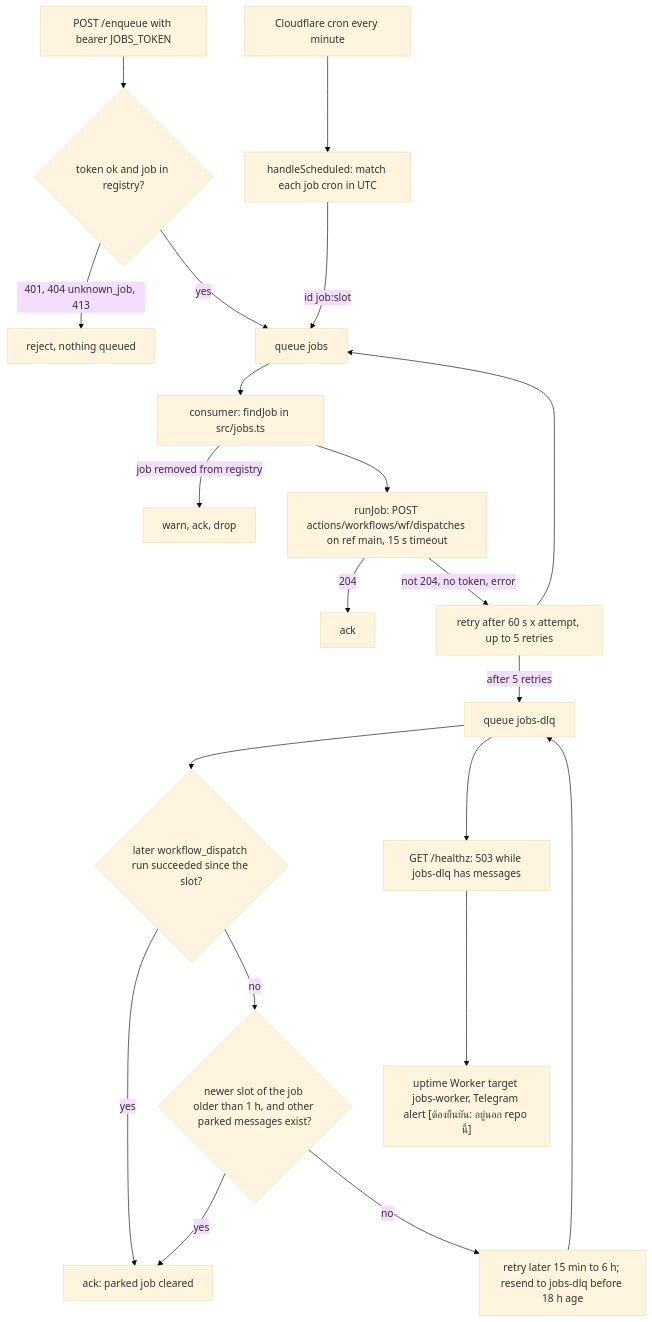
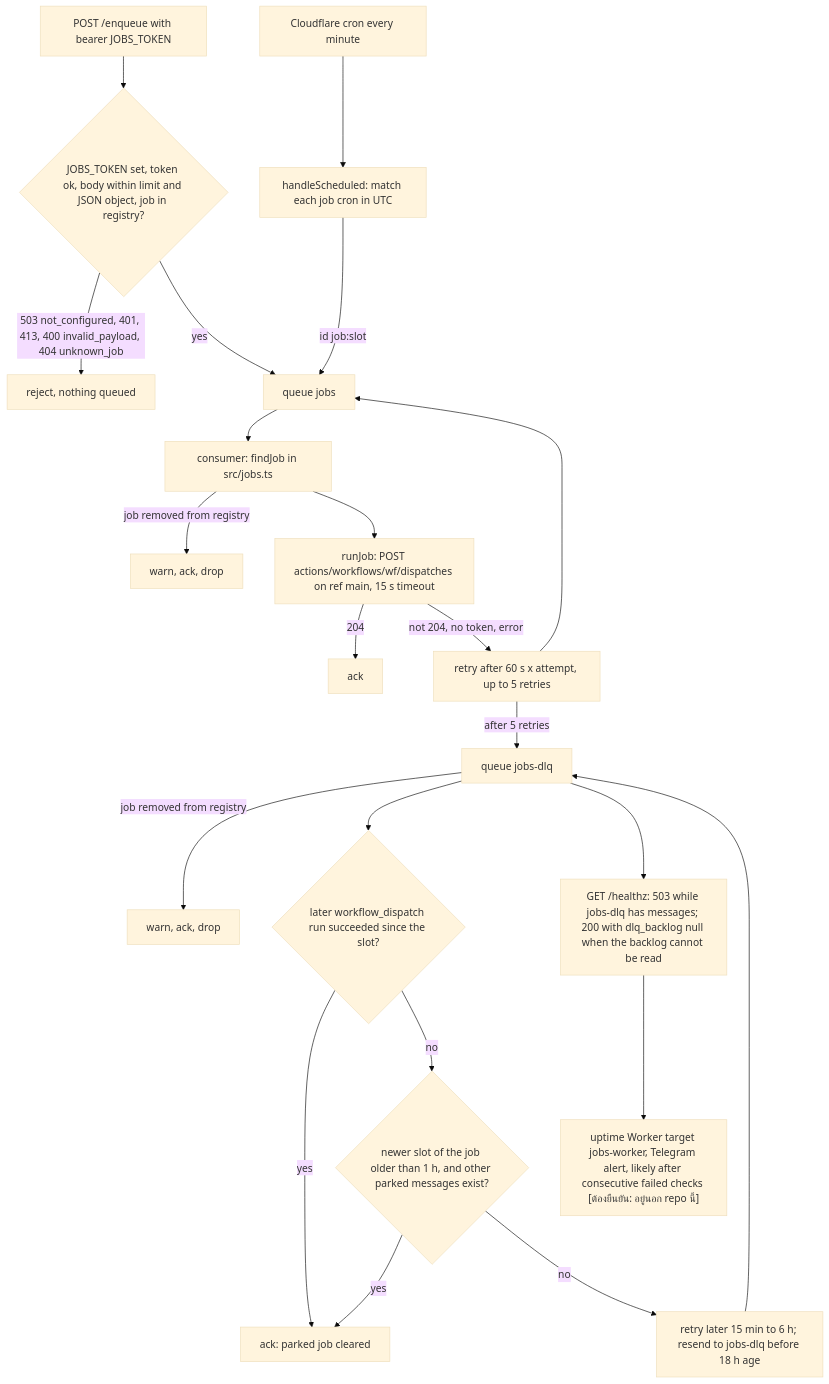
Before and after one commit to bookchaowalit/platform-jobs-worker: the diagram in docs/diagrams/01-business-process.md, drawn with Mermaid (base theme). The commit also changed other lines of this file, not shown here.

Commit message:
docs: correct As-Is/To-Be facts from review (01-business-process)

````diff
--- a/docs/diagrams/01-business-process.md
+++ b/docs/diagrams/01-business-process.md
@@ -9,23 +9,24 @@
 ```mermaid
 flowchart TD
   CRON["Cloudflare cron every minute"] --> SCHED["handleScheduled: match each job cron in UTC"]
-  ENQ["POST /enqueue with bearer JOBS_TOKEN"] --> AUTH{"token ok and job in registry?"}
-  AUTH -->|"401, 404 unknown_job, 413"| REJ["reject, nothing queued"]
+  ENQ["POST /enqueue with bearer JOBS_TOKEN"] --> AUTH{"JOBS_TOKEN set, token ok, body within limit and JSON object, job in registry?"}
+  AUTH -->|"503 not_configured, 401, 413, 400 invalid_payload, 404 unknown_job"| REJ["reject, nothing queued"]
   AUTH -->|yes| Q
   SCHED -->|"id job:slot"| Q["queue jobs"]
   Q --> CONS["consumer: findJob in src/jobs.ts"]
   CONS -->|"job removed from registry"| DROP["warn, ack, drop"]
   CONS --> RUN["runJob: POST actions/workflows/wf/dispatches on ref main, 15 s timeout"]
   RUN -->|"204"| ACK["ack"]
   RUN -->|"not 204, no token, error"| RETRY["retry after 60 s x attempt, up to 5 retries"]
   RETRY --> Q
   RETRY -->|"after 5 retries"| DLQ["queue jobs-dlq"]
+  DLQ -->|"job removed from registry"| DROP2["warn, ack, drop"]
   DLQ --> CHK{"later workflow_dispatch run succeeded since the slot?"}
   CHK -->|yes| CLEAR["ack: parked job cleared"]
   CHK -->|no| NEWER{"newer slot of the job older than 1 h, and other parked messages exist?"}
   NEWER -->|yes| CLEAR
   NEWER -->|no| WAIT["retry later 15 min to 6 h; resend to jobs-dlq before 18 h age"]
   WAIT --> DLQ
-  DLQ --> HEALTH["GET /healthz: 503 while jobs-dlq has messages"]
-  HEALTH --> UPT["uptime Worker target jobs-worker, Telegram alert [ต้องยืนยัน: อยู่นอก repo นี้]"]
+  DLQ --> HEALTH["GET /healthz: 503 while jobs-dlq has messages; 200 with dlq_backlog null when the backlog cannot be read"]
+  HEALTH --> UPT["uptime Worker target jobs-worker, Telegram alert, likely after consecutive failed checks [ต้องยืนยัน: อยู่นอก repo นี้]"]
 ```
````
